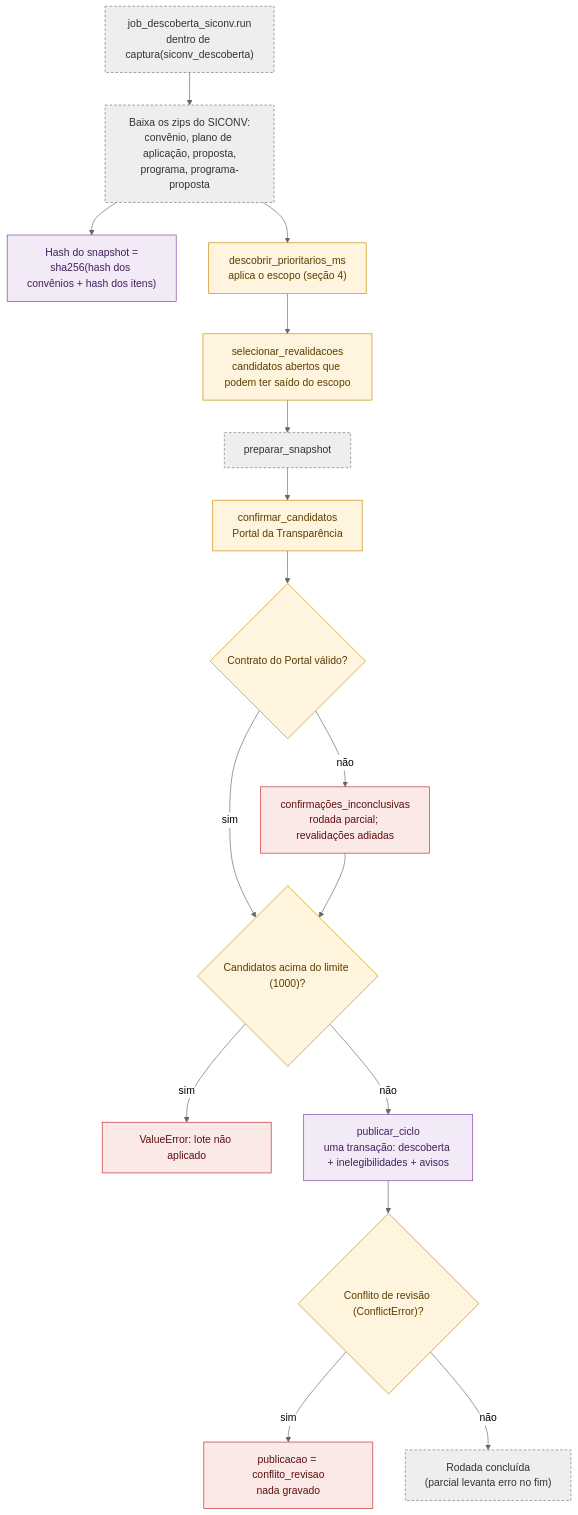
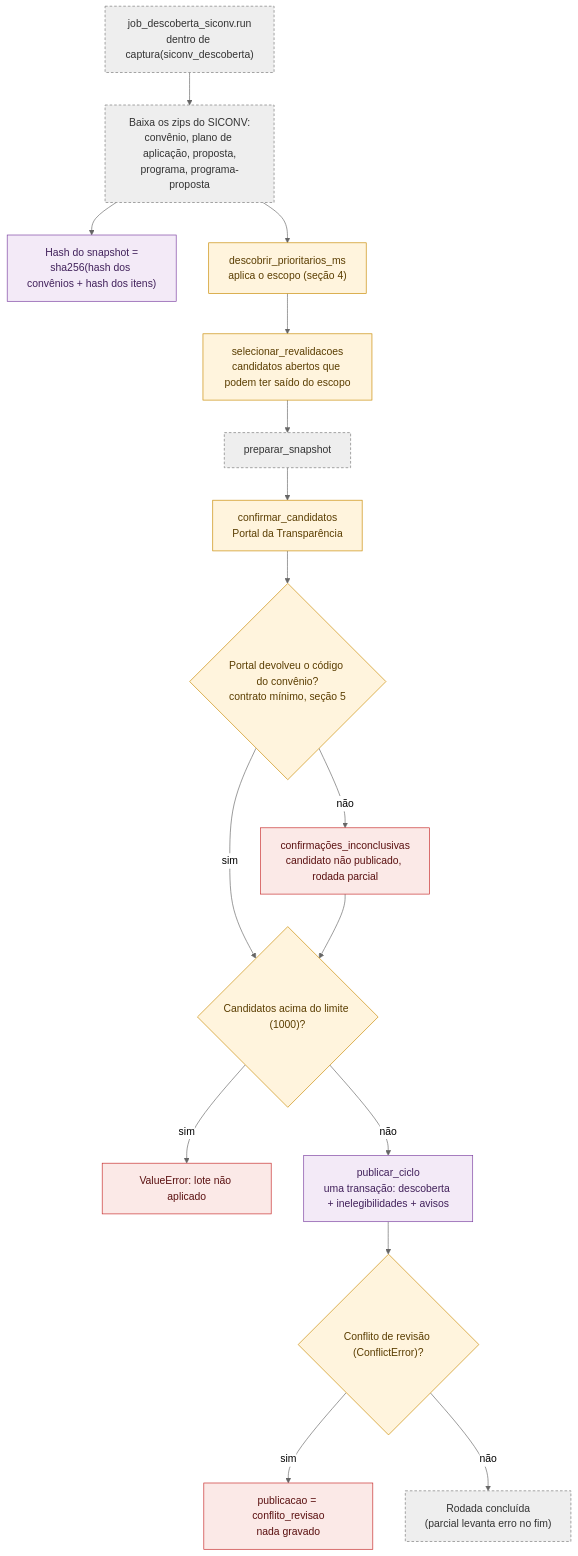
The third of 20 diagrams in docs/mermaid/radar-instrumentos.md (devs-ministerio/par_equipamentos), drawn with Mermaid (neutral theme) before and after one commit. The commit also changed other lines of this file and 1 other file, not shown here.

Commit message:
docs(mermaid): Radar rev 2 com blocos 1 a 3, fontes externas, sequências de API e decisão sobre o Portal

````diff
--- a/docs/mermaid/radar-instrumentos.md
+++ b/docs/mermaid/radar-instrumentos.md
@@ -65,23 +65,23 @@
 ```mermaid
 flowchart TB
     classDef job fill:#EEE,stroke:#777,color:#333,stroke-dasharray:4 3
     classDef regra fill:#FFF4DD,stroke:#C98A00,color:#5a3d00
     classDef erro fill:#FBE9E7,stroke:#C62828,color:#5a1010
     classDef dado fill:#F3EAF7,stroke:#7B3FA0,color:#40205a
 
     INI["job_descoberta_siconv.run<br/>dentro de captura(siconv_descoberta)"]:::job --> ZIP["Baixa os zips do SICONV:<br/>convênio, plano de aplicação, proposta,<br/>programa, programa-proposta"]:::job
     ZIP --> HASH["Hash do snapshot =<br/>sha256(hash dos convênios + hash dos itens)"]:::dado
     ZIP --> PRIO["descobrir_prioritarios_ms<br/>aplica o escopo (seção 4)"]:::regra
     PRIO --> REVAL["selecionar_revalidacoes<br/>candidatos abertos que podem ter saído do escopo"]:::regra
     REVAL --> SNAP["preparar_snapshot"]:::job
     SNAP --> CONF["confirmar_candidatos<br/>Portal da Transparência"]:::regra
-    CONF --> OK{"Contrato do Portal válido?"}:::regra
-    OK -->|"não"| INC["confirmações_inconclusivas<br/>rodada parcial; revalidações adiadas"]:::erro
+    CONF --> OK{"Portal devolveu o código do convênio?<br/>contrato mínimo, seção 5"}:::regra
+    OK -->|"não"| INC["confirmações_inconclusivas<br/>candidato não publicado, rodada parcial"]:::erro
     OK -->|"sim"| LIM{"Candidatos acima do limite (1000)?"}:::regra
     INC --> LIM
     LIM -->|"sim"| ERRO["ValueError: lote não aplicado"]:::erro
     LIM -->|"não"| PUB["publicar_ciclo<br/>uma transação: descoberta + inelegibilidades + avisos"]:::dado
     PUB --> CONFL{"Conflito de revisão (ConflictError)?"}:::regra
     CONFL -->|"sim"| CR["publicacao = conflito_revisao<br/>nada gravado"]:::erro
     CONFL -->|"não"| FIM["Rodada concluída<br/>(parcial levanta erro no fim)"]:::job
 ```
````
